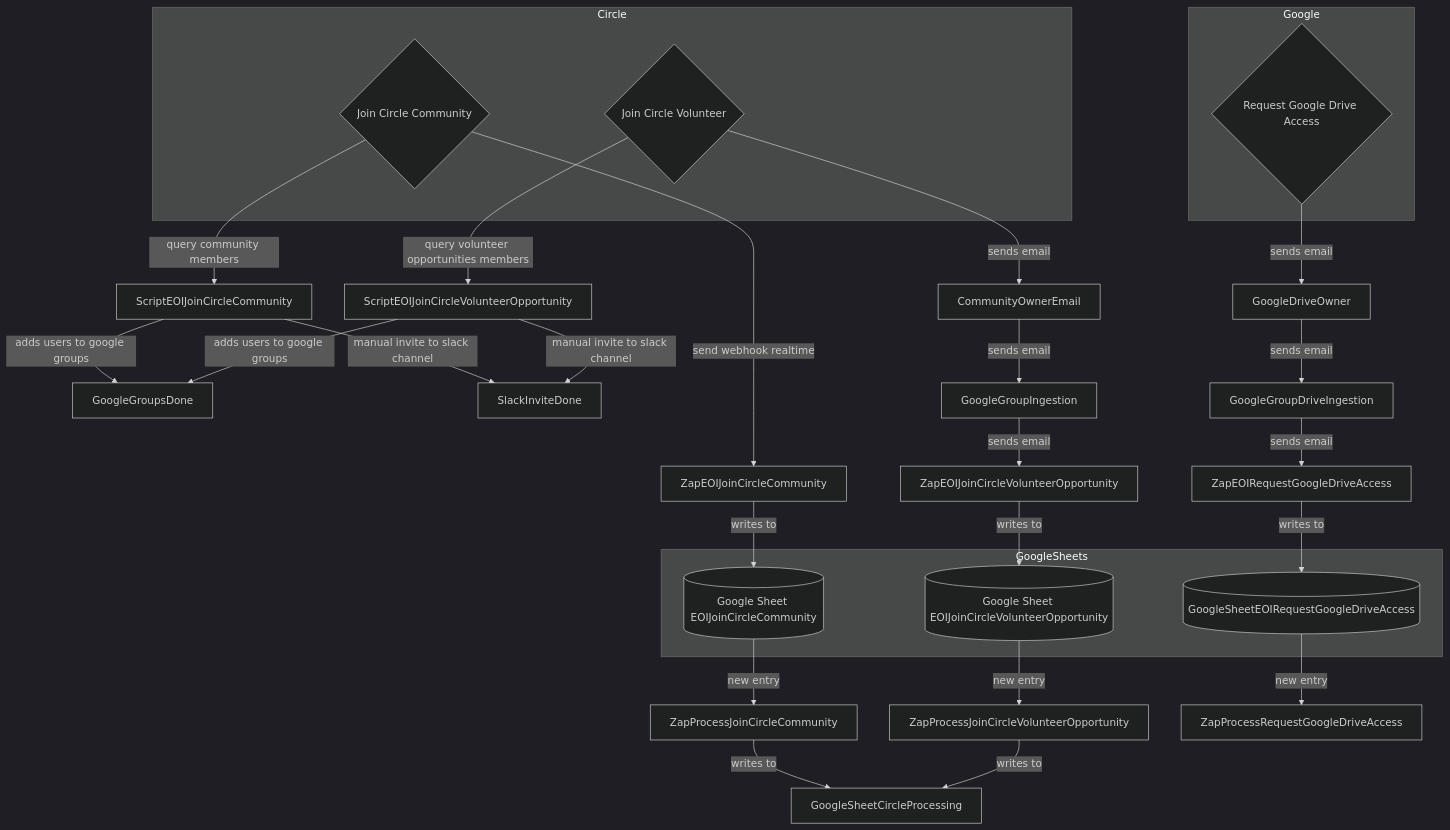
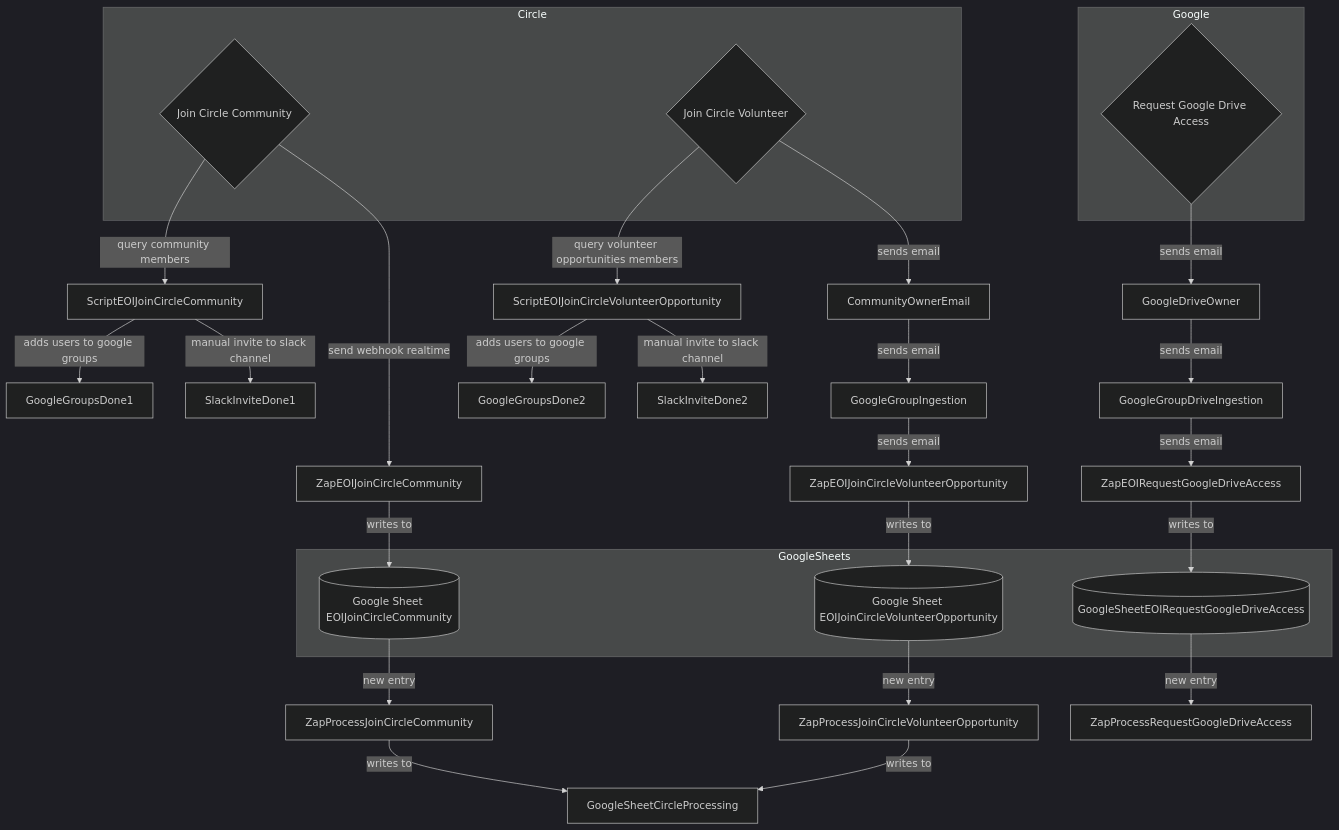
The diagram in projects/WG-automation/WG-Automation-4.md (CloudSecurityAlliance/CSA-IT-Operations), drawn with Mermaid (dark theme) before and after one commit.

````diff
--- a/projects/WG-automation/WG-Automation-4.md
+++ b/projects/WG-automation/WG-Automation-4.md
@@ -1,73 +1,73 @@
 ```mermaid
 graph TD;
 
 %% Automation levels:
 %% Manual (do nothing)
 %% Invite (invite them to join via URLs)
 %% Vetted (Notify WG owners of application)
 %% Automated (just add them in)
 
 %% Ingestion points:
 %% Circle - join community
 %% Circle - join volunteer opportunity (requires email forwarding by WG owner)
 %% Google - request drive access (requires email forwarding by Google Drive Owner, e.g. kseifried@)
 %% Internal form to add people
 %% External form to request signup with additional info
 %% Internal scripts to directly add people
 %% Manual addition of people (prone to error/forgetting!)
 
 
 %% CIRCLE SIDE
 %% Verified email, user initiates action
 subgraph Circle
 joinCircleCommunity{Join Circle Community}
 joinCircleVolunteer{Join Circle Volunteer}
 end
 
 joinCircleCommunity-->|send webhook realtime|ZapEOIJoinCircleCommunity
 
 joinCircleCommunity-->|query community members|ScriptEOIJoinCircleCommunity
 
-ScriptEOIJoinCircleCommunity-->|adds users to google groups|GoogleGroupsDone
-ScriptEOIJoinCircleCommunity-->|manual invite to slack channel|SlackInviteDone
+ScriptEOIJoinCircleCommunity-->|adds users to google groups|GoogleGroupsDone1
+ScriptEOIJoinCircleCommunity-->|manual invite to slack channel|SlackInviteDone1
 
 joinCircleVolunteer-->|sends email|CommunityOwnerEmail
 CommunityOwnerEmail-->|sends email|GoogleGroupIngestion
 GoogleGroupIngestion-->|sends email|ZapEOIJoinCircleVolunteerOpportunity
 
 joinCircleVolunteer-->|query volunteer opportunities members|ScriptEOIJoinCircleVolunteerOpportunity
 
-ScriptEOIJoinCircleVolunteerOpportunity-->|adds users to google groups|GoogleGroupsDone
-ScriptEOIJoinCircleVolunteerOpportunity-->|manual invite to slack channel|SlackInviteDone
+ScriptEOIJoinCircleVolunteerOpportunity-->|adds users to google groups|GoogleGroupsDone2
+ScriptEOIJoinCircleVolunteerOpportunity-->|manual invite to slack channel|SlackInviteDone2
 
 ZapEOIJoinCircleCommunity-->|writes to|GoogleSheetEOIJoinCircleCommunity
 
 ZapEOIJoinCircleVolunteerOpportunity-->|writes to|GoogleSheetEOIJoinCircleVolunteerOpportunity
 
 subgraph GoogleSheets
 GoogleSheetEOIJoinCircleCommunity[(Google Sheet EOIJoinCircleCommunity)]
 GoogleSheetEOIJoinCircleVolunteerOpportunity[(Google Sheet EOIJoinCircleVolunteerOpportunity)]
 GoogleSheetEOIRequestGoogleDriveAccess[(GoogleSheetEOIRequestGoogleDriveAccess)]
 end
 
 GoogleSheetEOIJoinCircleCommunity-->|new entry|ZapProcessJoinCircleCommunity
 GoogleSheetEOIJoinCircleVolunteerOpportunity-->|new entry|ZapProcessJoinCircleVolunteerOpportunity
 
 ZapProcessJoinCircleCommunity-->|writes to|GoogleSheetCircleProcessing
 ZapProcessJoinCircleVolunteerOpportunity-->|writes to|GoogleSheetCircleProcessing
 
 %% Google side
 subgraph Google
 requestGoogleDriveAccess{Request Google Drive Access}
 end
 
 requestGoogleDriveAccess-->|sends email|GoogleDriveOwner
 GoogleDriveOwner-->|sends email|GoogleGroupDriveIngestion
 GoogleGroupDriveIngestion-->|sends email|ZapEOIRequestGoogleDriveAccess
 
 ZapEOIRequestGoogleDriveAccess-->|writes to|GoogleSheetEOIRequestGoogleDriveAccess
 
 GoogleSheetEOIRequestGoogleDriveAccess-->|new entry|ZapProcessRequestGoogleDriveAccess
 
 
 ```
````
